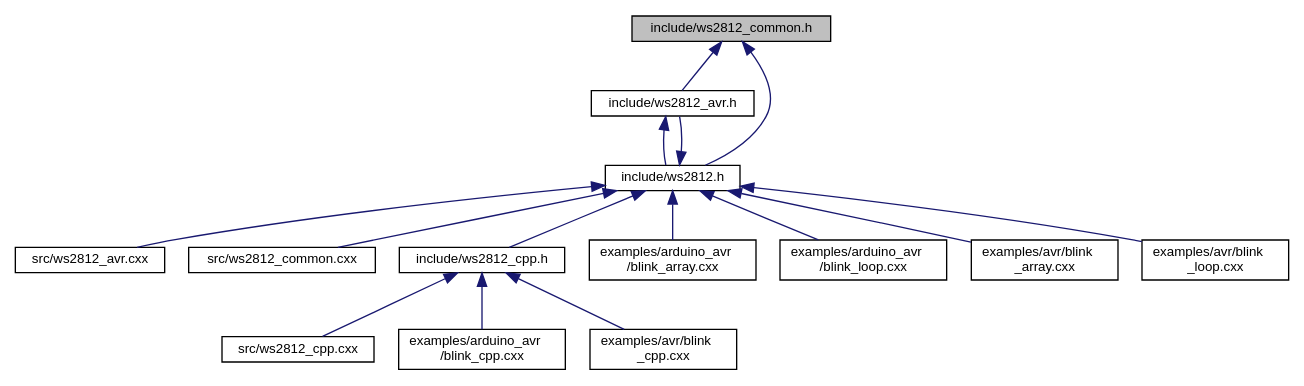
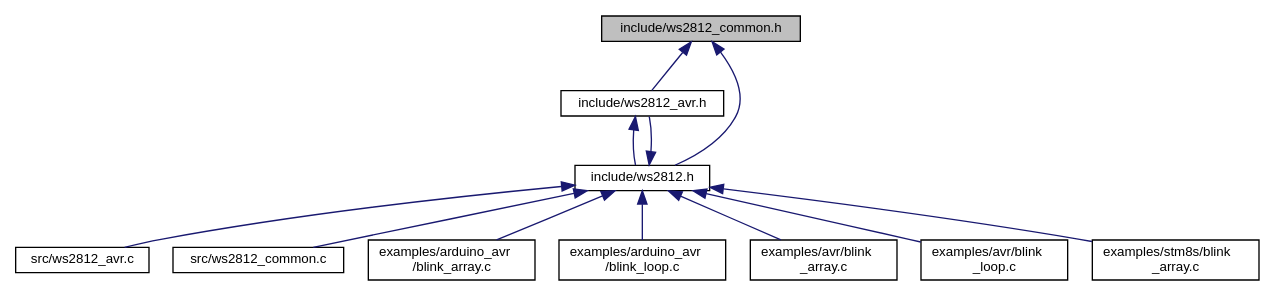
Before and after one commit to CTXz/TinyWS2812: the diagram in docs/ws2812__common_8h__dep__incl.dot, drawn with Graphviz. The commit also changed 167 other files, not shown here.

```diff
--- a/docs/ws2812__common_8h__dep__incl.dot
+++ b/docs/ws2812__common_8h__dep__incl.dot
@@ -1,33 +1,27 @@
 digraph "include/ws2812_common.h"
 {
  // LATEX_PDF_SIZE
   edge [fontname="Helvetica",fontsize="10",labelfontname="Helvetica",labelfontsize="10"];
   node [fontname="Helvetica",fontsize="10",shape=record];
   Node1 [label="include/ws2812_common.h",height=0.2,width=0.4,color="black", fillcolor="grey75", style="filled", fontcolor="black",tooltip="Definitions required by all platform specific headers."];
   Node1 -> Node2 [dir="back",color="midnightblue",fontsize="10",style="solid",fontname="Helvetica"];
   Node2 [label="include/ws2812_avr.h",height=0.2,width=0.4,color="black", fillcolor="white", style="filled",URL="$ws2812__avr_8h.html",tooltip="Provides AVR platform specific definitions."];
   Node2 -> Node3 [dir="back",color="midnightblue",fontsize="10",style="solid",fontname="Helvetica"];
   Node3 [label="include/ws2812.h",height=0.2,width=0.4,color="black", fillcolor="white", style="filled",URL="$ws2812_8h.html",tooltip="Exposes the Tiny-WS2812 library interface."];
   Node3 -> Node4 [dir="back",color="midnightblue",fontsize="10",style="solid",fontname="Helvetica"];
-  Node4 [label="src/ws2812_avr.cxx",height=0.2,width=0.4,color="black", fillcolor="white", style="filled",URL="$ws2812__avr_8cxx.html",tooltip="Driver code for AVR chips."];
+  Node4 [label="src/ws2812_avr.c",height=0.2,width=0.4,color="black", fillcolor="white", style="filled",URL="$ws2812__avr_8c.html",tooltip="Driver code for AVR chips."];
   Node3 -> Node5 [dir="back",color="midnightblue",fontsize="10",style="solid",fontname="Helvetica"];
-  Node5 [label="src/ws2812_common.cxx",height=0.2,width=0.4,color="black", fillcolor="white", style="filled",URL="$ws2812__common_8cxx.html",tooltip="Common code shared accross all supported platforms."];
+  Node5 [label="src/ws2812_common.c",height=0.2,width=0.4,color="black", fillcolor="white", style="filled",URL="$ws2812__common_8c.html",tooltip="Common code shared accross all supported platforms."];
   Node3 -> Node2 [dir="back",color="midnightblue",fontsize="10",style="solid",fontname="Helvetica"];
   Node3 -> Node6 [dir="back",color="midnightblue",fontsize="10",style="solid",fontname="Helvetica"];
-  Node6 [label="include/ws2812_cpp.h",height=0.2,width=0.4,color="black", fillcolor="white", style="filled",URL="$ws2812__cpp_8h.html",tooltip="C++ Wrapper for the Tiny-WS2812 interface."];
-  Node6 -> Node7 [dir="back",color="midnightblue",fontsize="10",style="solid",fontname="Helvetica"];
-  Node7 [label="src/ws2812_cpp.cxx",height=0.2,width=0.4,color="black", fillcolor="white", style="filled",URL="$ws2812__cpp_8cxx.html",tooltip="Defines functions for the Tiny-WS2812 C++ interface wrapper."];
-  Node6 -> Node8 [dir="back",color="midnightblue",fontsize="10",style="solid",fontname="Helvetica"];
-  Node8 [label="examples/arduino_avr\l/blink_cpp.cxx",height=0.2,width=0.4,color="black", fillcolor="white", style="filled",URL="$arduino__avr_2blink__cpp_8cxx.html",tooltip="C++ Wrapper implementation of blink_array.cxx"];
-  Node6 -> Node9 [dir="back",color="midnightblue",fontsize="10",style="solid",fontname="Helvetica"];
-  Node9 [label="examples/avr/blink\l_cpp.cxx",height=0.2,width=0.4,color="black", fillcolor="white", style="filled",URL="$avr_2blink__cpp_8cxx.html",tooltip="C++ Wrapper implementation of blink_array.cxx."];
+  Node6 [label="examples/arduino_avr\l/blink_array.c",height=0.2,width=0.4,color="black", fillcolor="white", style="filled",URL="$arduino__avr_2blink__array_8c.html",tooltip="Blinks one or more WS2812 devices using a RGB array."];
+  Node3 -> Node7 [dir="back",color="midnightblue",fontsize="10",style="solid",fontname="Helvetica"];
+  Node7 [label="examples/arduino_avr\l/blink_loop.c",height=0.2,width=0.4,color="black", fillcolor="white", style="filled",URL="$arduino__avr_2blink__loop_8c.html",tooltip="Blinks one or more WS2812 devices using a more memory efficient method than the blink_array...."];
+  Node3 -> Node8 [dir="back",color="midnightblue",fontsize="10",style="solid",fontname="Helvetica"];
+  Node8 [label="examples/avr/blink\l_array.c",height=0.2,width=0.4,color="black", fillcolor="white", style="filled",URL="$avr_2blink__array_8c.html",tooltip="Blinks one or more WS2812 devices using a RGB array."];
+  Node3 -> Node9 [dir="back",color="midnightblue",fontsize="10",style="solid",fontname="Helvetica"];
+  Node9 [label="examples/avr/blink\l_loop.c",height=0.2,width=0.4,color="black", fillcolor="white", style="filled",URL="$avr_2blink__loop_8c.html",tooltip="Blinks one or more WS2812 devices using a more memory efficient method than the blink_array...."];
   Node3 -> Node10 [dir="back",color="midnightblue",fontsize="10",style="solid",fontname="Helvetica"];
-  Node10 [label="examples/arduino_avr\l/blink_array.cxx",height=0.2,width=0.4,color="black", fillcolor="white", style="filled",URL="$arduino__avr_2blink__array_8cxx.html",tooltip="Blinks one or more WS2812 devices using a RGB array."];
-  Node3 -> Node11 [dir="back",color="midnightblue",fontsize="10",style="solid",fontname="Helvetica"];
-  Node11 [label="examples/arduino_avr\l/blink_loop.cxx",height=0.2,width=0.4,color="black", fillcolor="white", style="filled",URL="$arduino__avr_2blink__loop_8cxx.html",tooltip="Blinks one or more WS2812 devices using a more memory efficient method than the blink_array...."];
-  Node3 -> Node12 [dir="back",color="midnightblue",fontsize="10",style="solid",fontname="Helvetica"];
-  Node12 [label="examples/avr/blink\l_array.cxx",height=0.2,width=0.4,color="black", fillcolor="white", style="filled",URL="$avr_2blink__array_8cxx.html",tooltip="Blinks one or more WS2812 devices using a RGB array."];
-  Node3 -> Node13 [dir="back",color="midnightblue",fontsize="10",style="solid",fontname="Helvetica"];
-  Node13 [label="examples/avr/blink\l_loop.cxx",height=0.2,width=0.4,color="black", fillcolor="white", style="filled",URL="$avr_2blink__loop_8cxx.html",tooltip="Blinks one or more WS2812 devices using a more memory efficient method than the blink_array...."];
+  Node10 [label="examples/stm8s/blink\l_array.c",height=0.2,width=0.4,color="black", fillcolor="white", style="filled",URL="$stm8s_2blink__array_8c.html",tooltip="Blinks one or more WS2812 devices using a RGB array."];
   Node1 -> Node3 [dir="back",color="midnightblue",fontsize="10",style="solid",fontname="Helvetica"];
 }
```
